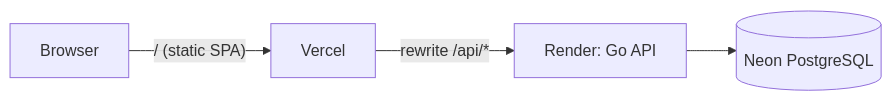
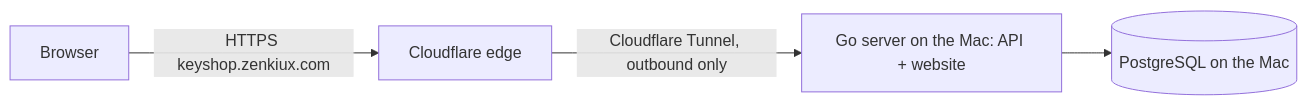
One commit to Zenkiux/eneba-marketplace changed the diagram in README.md. Above: the diagram before and after it, drawn with Mermaid. The commit also changed other lines of this file and 16 other files, not shown here.

First line of the commit message:
Deploy on the Mac at keyshop.zenkiux.com via Cloudflare Tunnel

````diff
--- a/README.md
+++ b/README.md
@@ -39,6 +39,6 @@
 ```mermaid
 flowchart LR
-  B[Browser] -->|"/ (static SPA)"| V[Vercel]
-  V -->|"rewrite /api/*"| R[Render: Go API]
-  R --> N[(Neon PostgreSQL)]
+  B[Browser] -->|HTTPS keyshop.zenkiux.com| C[Cloudflare edge]
+  C -->|Cloudflare Tunnel, outbound only| G[Go server on the Mac: API + website]
+  G --> P[(PostgreSQL on the Mac)]
 ```
````
